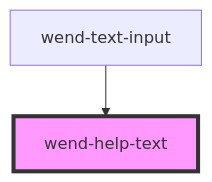
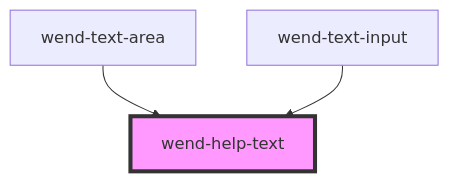
One commit to DevaStudios/wend-ui changed the diagram in packages/web-components/src/components/wend-help-text/readme.md. Above: the diagram before and after it, drawn with Mermaid. The commit also changed other lines of this file and 16 other files, not shown here.

First line of the commit message:
Add text area component; remove text field focus outline offset

````diff
--- a/packages/web-components/src/components/wend-help-text/readme.md
+++ b/packages/web-components/src/components/wend-help-text/readme.md
@@ -23,5 +24,6 @@
 ```mermaid
 graph TD;
+  wend-text-area --> wend-help-text
   wend-text-input --> wend-help-text
   style wend-help-text fill:#f9f,stroke:#333,stroke-width:4px
 ```
````
